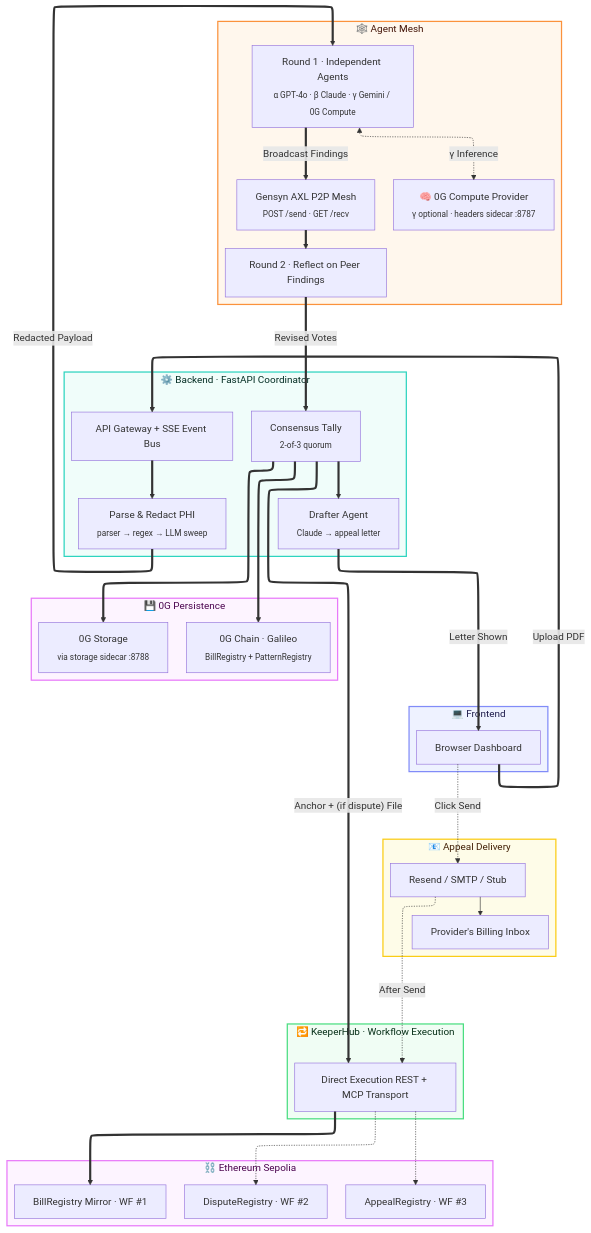
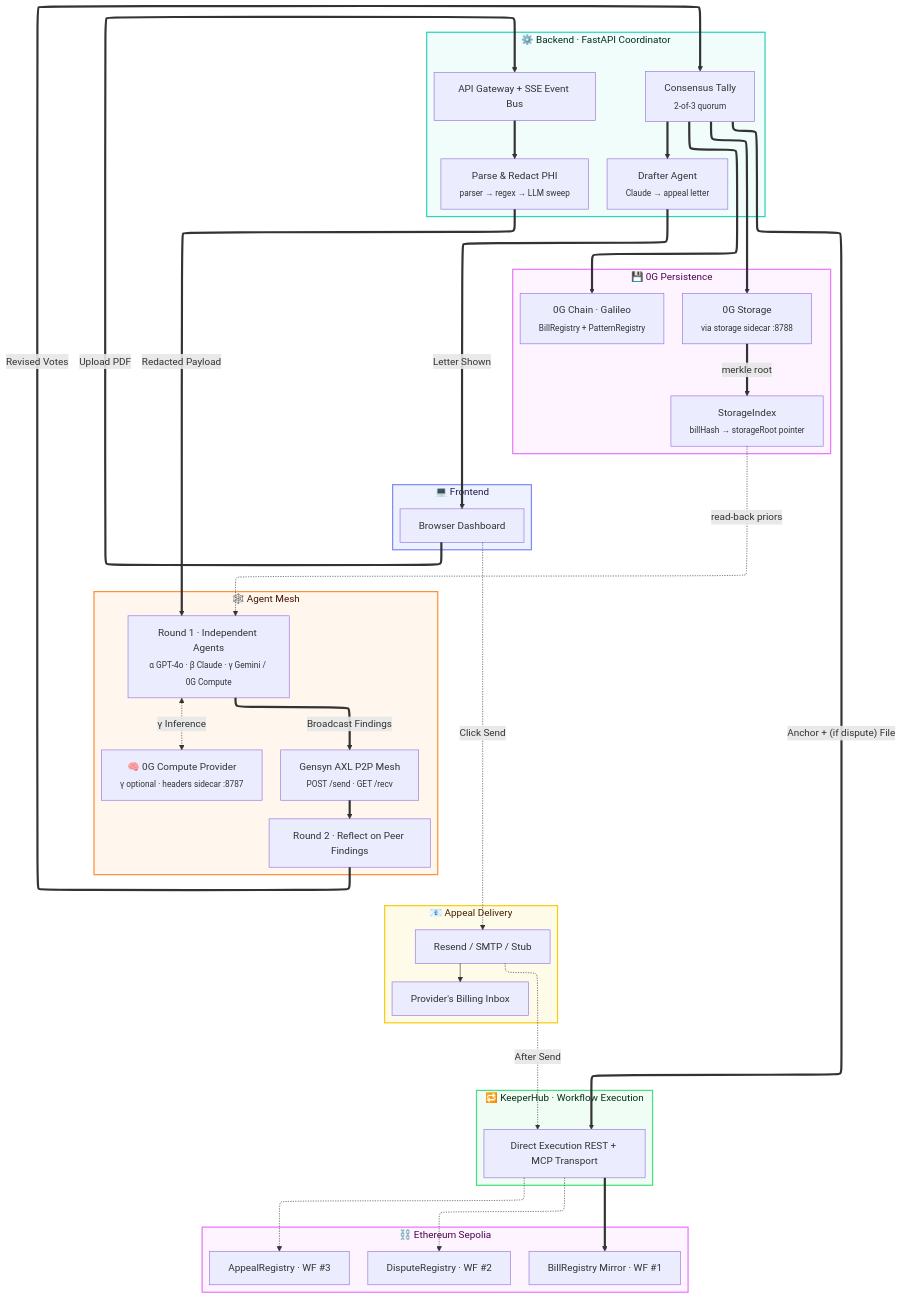
The diagram in README.md (jhatch3/lethe-), drawn with Mermaid before and after one commit. The commit also changed other lines of this file and 138 other files, not shown here.

```diff
--- a/README.md
+++ b/README.md
@@ -129,6 +129,7 @@
         direction TB
         ZGChain["0G Chain · Galileo<br><sub>BillRegistry + PatternRegistry</sub>"]
         ZGStorage["0G Storage<br><sub>via storage sidecar :8788</sub>"]
+        SXIndex["StorageIndex<br><sub>billHash → storageRoot pointer</sub>"]
     end
 
     %% === Subgraph: Execution Layer ===
@@ -161,6 +162,8 @@
 
     %% === Persistence fan-out from Tally ===
     Tally ==> ZGChain & ZGStorage
+    ZGStorage ==>|"merkle root"| SXIndex
+    SXIndex -.->|"read-back priors"| Round1
     Tally ==>|"Anchor + (if dispute) File"| KH ==> SepMirror
     KH -.-> SepDispute & SepAppeal
 
```
